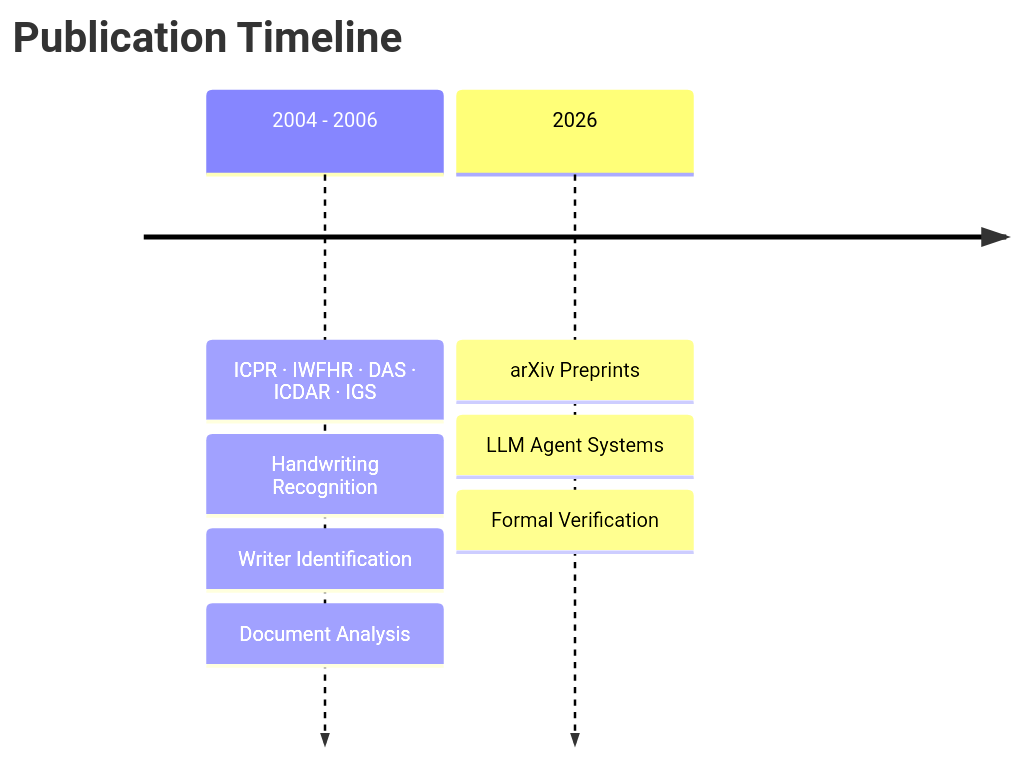
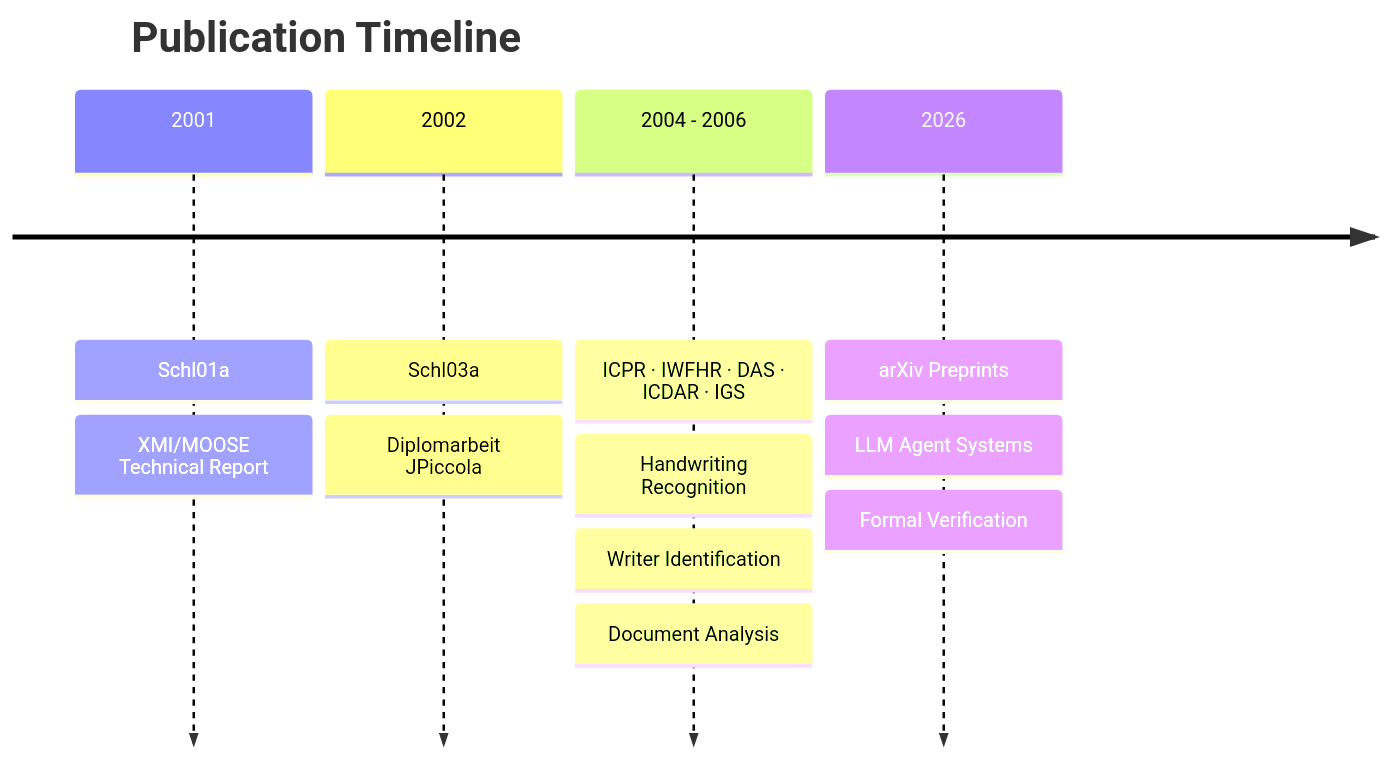
One commit to schlpbch/publications changed the second of 2 diagrams in README.md. Above: the diagram before and after it, drawn with Mermaid. The commit also changed other lines of this file and 3 other files, not shown here.

````diff
--- a/README.md
+++ b/README.md
@@ -65,11 +115,15 @@
 ```mermaid
 timeline
     title Publication Timeline
+    2001        : Schl01a
+                : XMI/MOOSE Technical Report
+    2002        : Schl03a
+                : Diplomarbeit JPiccola
     2004 - 2006 : ICPR · IWFHR · DAS · ICDAR · IGS
                 : Handwriting Recognition
                 : Writer Identification
                 : Document Analysis
     2026        : arXiv Preprints
                 : LLM Agent Systems
                 : Formal Verification
 ```
````
